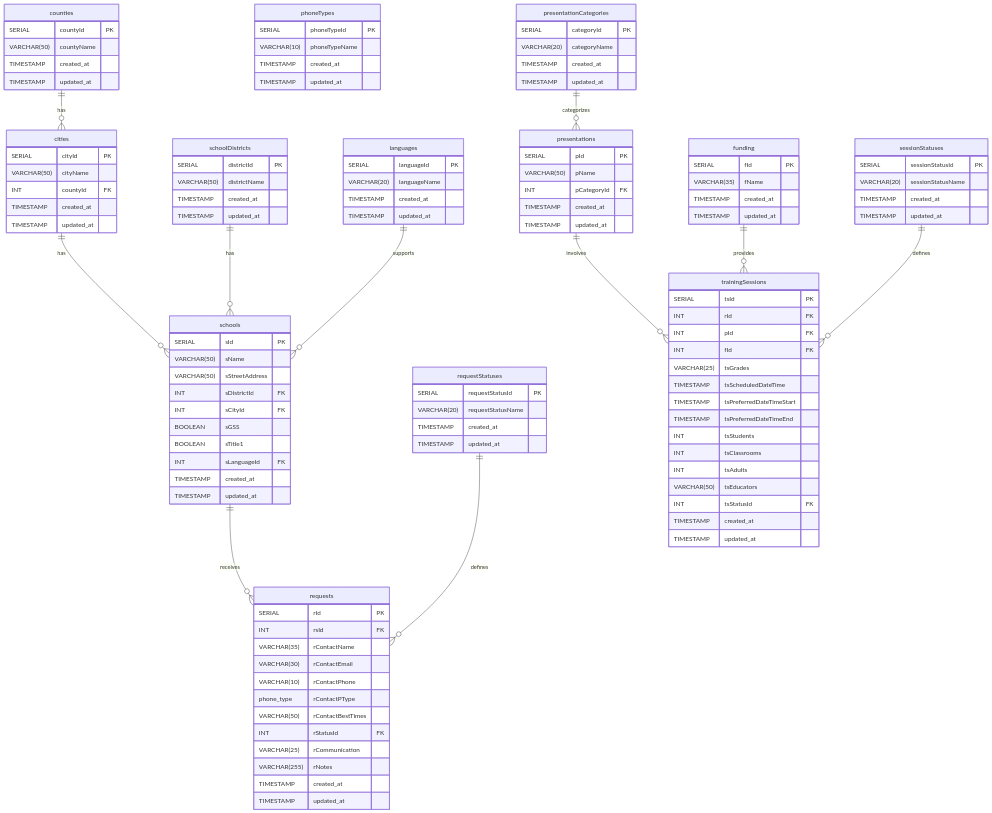
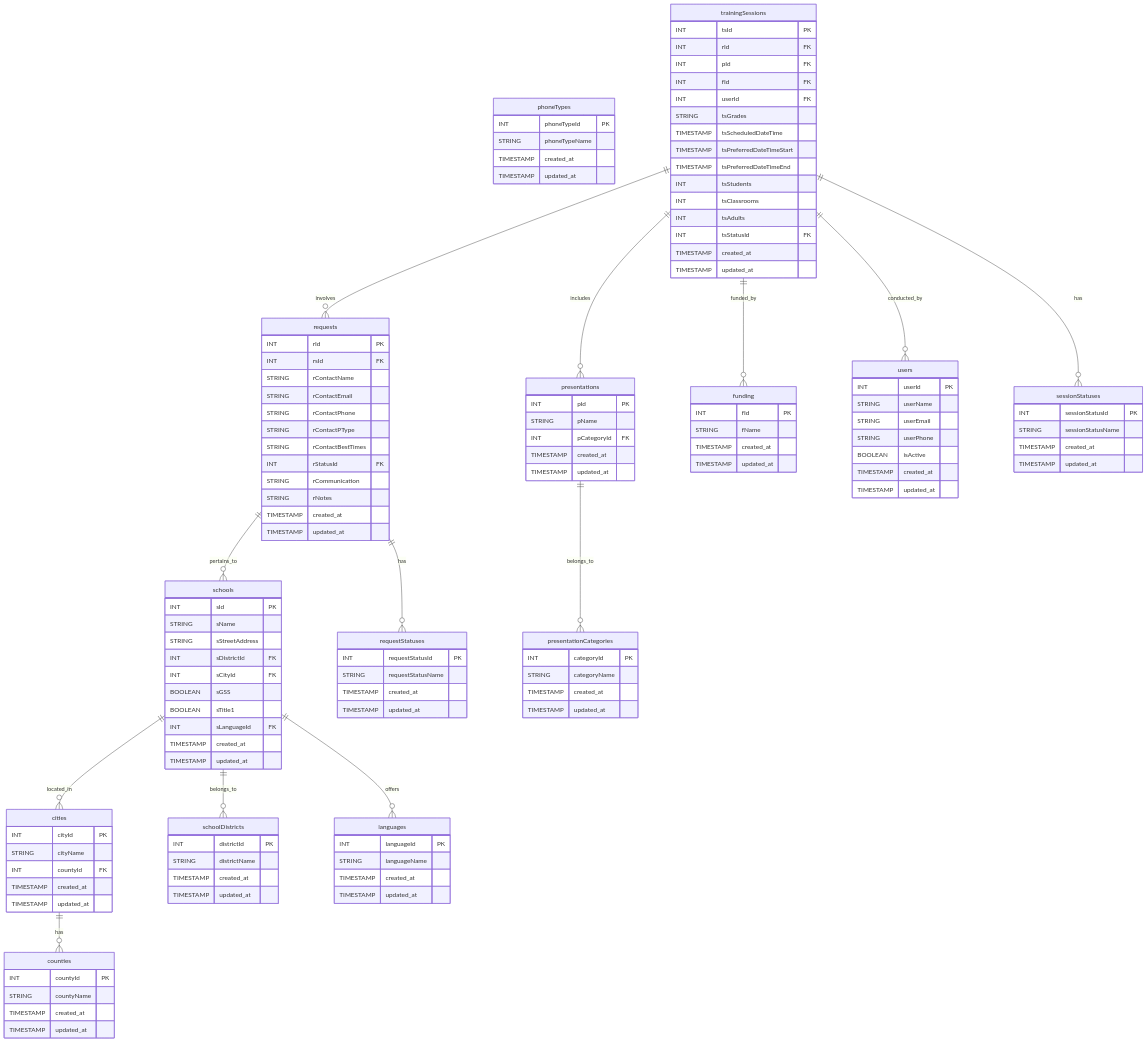
The diagram in readme.md (Kitamreik/ecocycle-test), drawn with Mermaid before and after one commit.

Commit message:
updated db structure with user table added

````diff
--- a/readme.md
+++ b/readme.md
@@ -3,66 +3,68 @@
 ```mermaid
 erDiagram
+%% Lookup Tables
     languages {
-        SERIAL languageId PK
-        VARCHAR(20) languageName
+        INT languageId PK
+        STRING languageName
         TIMESTAMP created_at
         TIMESTAMP updated_at
     }
 
     counties {
-        SERIAL countyId PK
-        VARCHAR(50) countyName
+        INT countyId PK
+        STRING countyName
         TIMESTAMP created_at
         TIMESTAMP updated_at
     }
 
     cities {
-        SERIAL cityId PK
-        VARCHAR(50) cityName
+        INT cityId PK
+        STRING cityName
         INT countyId FK
         TIMESTAMP created_at
         TIMESTAMP updated_at
     }
 
     schoolDistricts {
-        SERIAL districtId PK
-        VARCHAR(50) districtName
+        INT districtId PK
+        STRING districtName
         TIMESTAMP created_at
         TIMESTAMP updated_at
     }
 
     phoneTypes {
-        SERIAL phoneTypeId PK
-        VARCHAR(10) phoneTypeName
+        INT phoneTypeId PK
+        STRING phoneTypeName
         TIMESTAMP created_at
         TIMESTAMP updated_at
     }
 
     requestStatuses {
-        SERIAL requestStatusId PK
-        VARCHAR(20) requestStatusName
+        INT requestStatusId PK
+        STRING requestStatusName
         TIMESTAMP created_at
         TIMESTAMP updated_at
     }
 
     sessionStatuses {
-        SERIAL sessionStatusId PK
-        VARCHAR(20) sessionStatusName
+        INT sessionStatusId PK
+        STRING sessionStatusName
         TIMESTAMP created_at
         TIMESTAMP updated_at
     }
 
     presentationCategories {
-        SERIAL categoryId PK
-        VARCHAR(20) categoryName
+        INT categoryId PK
+        STRING categoryName
         TIMESTAMP created_at
         TIMESTAMP updated_at
     }
 
+%% Main Tables
     schools {
-        SERIAL sId PK
-        VARCHAR(50) sName
-        VARCHAR(50) sStreetAddress
+        INT sId PK
+        STRING sName
+        STRING sStreetAddress
         INT sDistrictId FK
         INT sCityId FK
         BOOLEAN sGSS
@@ -73,63 +75,74 @@
     }
 
     requests {
-        SERIAL rId PK
+        INT rId PK
         INT rsId FK
-        VARCHAR(35) rContactName
-        VARCHAR(30) rContactEmail
-        VARCHAR(10) rContactPhone
-        phone_type rContactPType
-        VARCHAR(50) rContactBestTimes
+        STRING rContactName
+        STRING rContactEmail
+        STRING rContactPhone
+        STRING rContactPType
+        STRING rContactBestTimes
         INT rStatusId FK
-        VARCHAR(25) rCommunication
-        VARCHAR(255) rNotes
+        STRING rCommunication
+        STRING rNotes
         TIMESTAMP created_at
         TIMESTAMP updated_at
     }
 
     presentations {
-        SERIAL pId PK
-        VARCHAR(50) pName
+        INT pId PK
+        STRING pName
         INT pCategoryId FK
         TIMESTAMP created_at
         TIMESTAMP updated_at
     }
 
     funding {
-        SERIAL fId PK
-        VARCHAR(35) fName
+        INT fId PK
+        STRING fName
+        TIMESTAMP created_at
+        TIMESTAMP updated_at
+    }
+
+    users {
+        INT userId PK
+        STRING userName
+        STRING userEmail
+        STRING userPhone
+        BOOLEAN isActive
         TIMESTAMP created_at
         TIMESTAMP updated_at
     }
 
     trainingSessions {
-        SERIAL tsId PK
+        INT tsId PK
         INT rId FK
         INT pId FK
         INT fId FK
-        VARCHAR(25) tsGrades
+        INT userId FK
+        STRING tsGrades
         TIMESTAMP tsScheduledDateTime
         TIMESTAMP tsPreferredDateTimeStart
         TIMESTAMP tsPreferredDateTimeEnd
         INT tsStudents
         INT tsClassrooms
         INT tsAdults
-        VARCHAR(50) tsEducators
         INT tsStatusId FK
         TIMESTAMP created_at
         TIMESTAMP updated_at
     }
 
 %% Relationships
-    counties ||--o{ cities : has
-    cities ||--o{ schools : has
-    schoolDistricts ||--o{ schools : has
-    languages ||--o{ schools : supports
-    schools ||--o{ requests : receives
-    presentations ||--o{ trainingSessions : involves
-    funding ||--o{ trainingSessions : provides
-    requestStatuses ||--o{ requests : defines
-    sessionStatuses ||--o{ trainingSessions : defines
-    presentationCategories ||--o{ presentations : categorizes
-
+    cities ||--o{ counties : has
+    schools ||--o{ cities : located_in
+    schools ||--o{ schoolDistricts : belongs_to
+    schools ||--o{ languages : offers
+    requests ||--o{ schools : pertains_to
+    requests ||--o{ requestStatuses : has
+    presentations ||--o{ presentationCategories : belongs_to
+    trainingSessions ||--o{ requests : involves
+    trainingSessions ||--o{ presentations : includes
+    trainingSessions ||--o{ funding : funded_by
+    trainingSessions ||--o{ users : conducted_by
+    trainingSessions ||--o{ sessionStatuses : has
 ```
````
